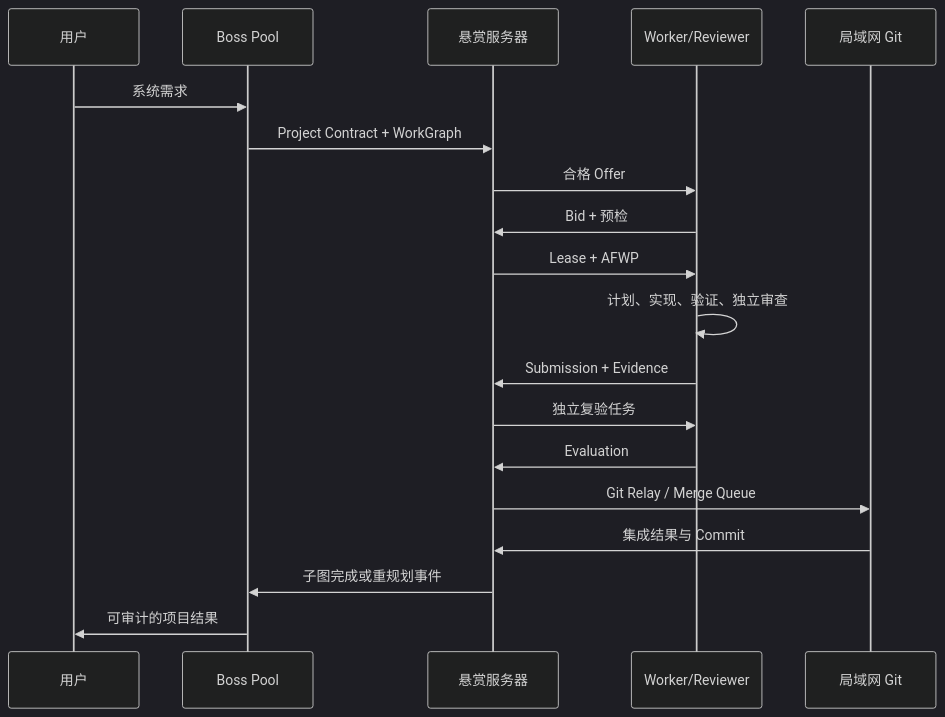
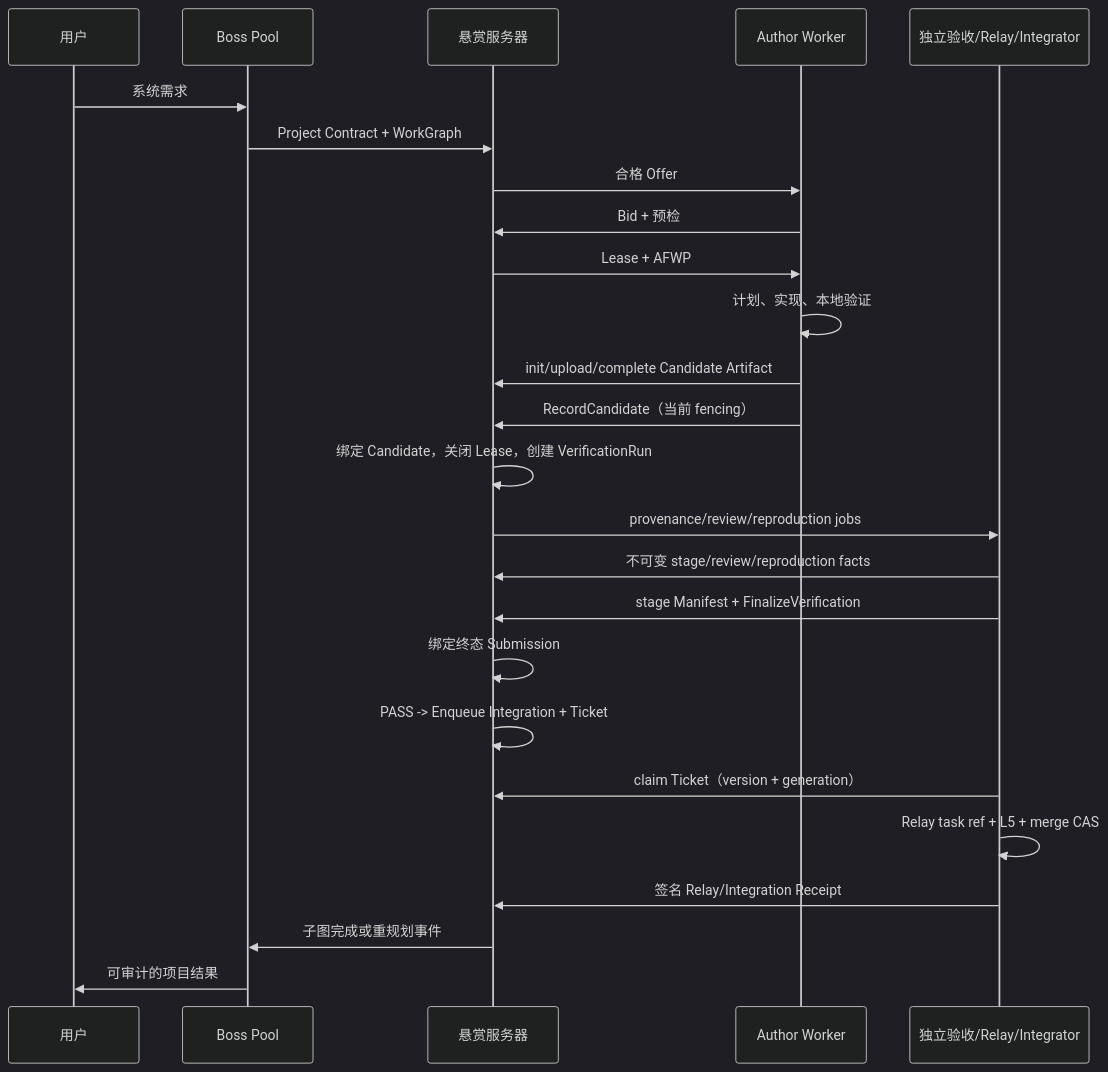
The fifth of 5 diagrams in docs/architecture/AGENT_FACTORY_ARCHITECTURE.md (EthanBird/AgentForge), drawn with Mermaid (dark theme) before and after one commit. The commit also changed other lines of this file and 26 other files, not shown here.

````diff
--- a/docs/architecture/AGENT_FACTORY_ARCHITECTURE.md
+++ b/docs/architecture/AGENT_FACTORY_ARCHITECTURE.md
@@ -1643,22 +1690,28 @@
 ```mermaid
 sequenceDiagram
     participant U as 用户
     participant B as Boss Pool
     participant S as 悬赏服务器
-    participant W as Worker/Reviewer
-    participant G as 局域网 Git
+    participant A as Author Worker
+    participant D as 独立验收/Relay/Integrator
 
     U->>B: 系统需求
     B->>S: Project Contract + WorkGraph
-    S->>W: 合格 Offer
-    W->>S: Bid + 预检
-    S->>W: Lease + AFWP
-    W->>W: 计划、实现、验证、独立审查
-    W->>S: Submission + Evidence
-    S->>W: 独立复验任务
-    W->>S: Evaluation
-    S->>G: Git Relay / Merge Queue
-    G->>S: 集成结果与 Commit
+    S->>A: 合格 Offer
+    A->>S: Bid + 预检
+    S->>A: Lease + AFWP
+    A->>A: 计划、实现、本地验证
+    A->>S: init/upload/complete Candidate Artifact
+    A->>S: RecordCandidate（当前 fencing）
+    S->>S: 绑定 Candidate，关闭 Lease，创建 VerificationRun
+    S->>D: provenance/review/reproduction jobs
+    D->>S: 不可变 stage/review/reproduction facts
+    D->>S: stage Manifest + FinalizeVerification
+    S->>S: 绑定终态 Submission
+    S->>S: PASS -> Enqueue Integration + Ticket
+    D->>S: claim Ticket（version + generation）
+    D->>D: Relay task ref + L5 + merge CAS
+    D->>S: 签名 Relay/Integration Receipt
     S->>B: 子图完成或重规划事件
     B->>U: 可审计的项目结果
 ```
````
